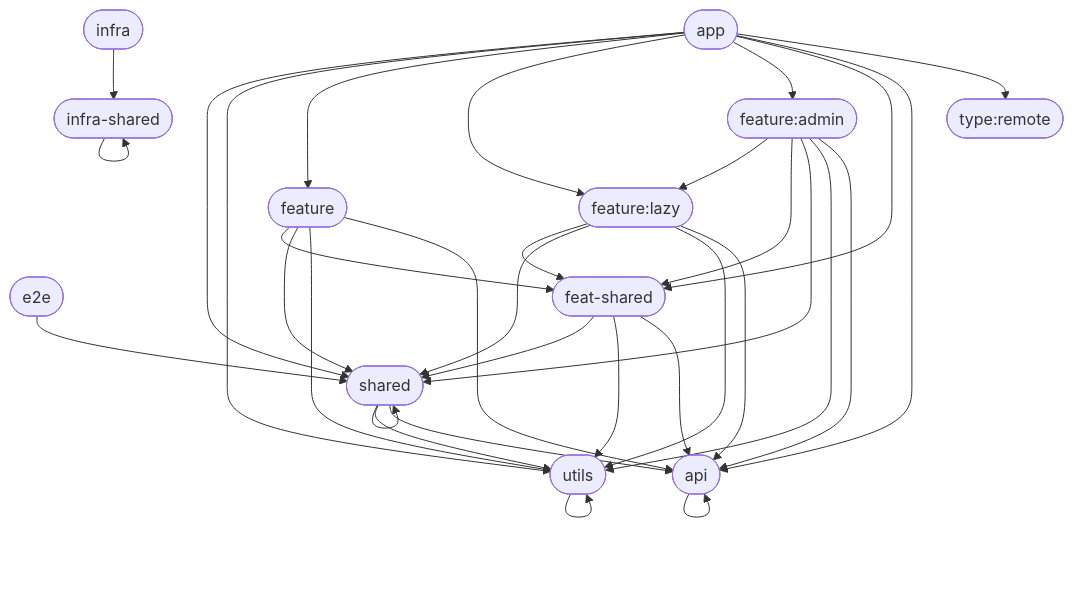
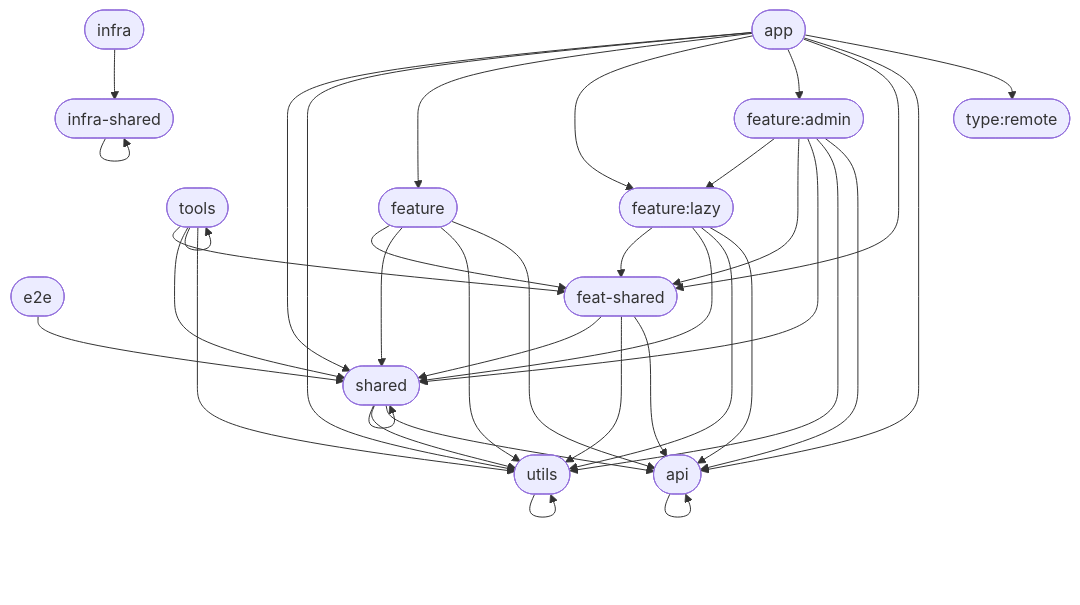
The second of 4 diagrams in docs/architecture/README.md (WolfSoko/wol-sok-mono), drawn with Mermaid before and after one commit. The commit also changed other lines of this file and 1 other file, not shown here.

First line of the commit message:
docs(tools): 📚️ refresh architecture diagrams

````diff
--- a/docs/architecture/README.md
+++ b/docs/architecture/README.md
@@ -60,47 +62,52 @@
 ```mermaid
 flowchart TD
   api(["api"])
   app(["app"])
   e2e(["e2e"])
   feat_shared(["feat-shared"])
   feature(["feature"])
   feature_admin(["feature:admin"])
   feature_lazy(["feature:lazy"])
   infra(["infra"])
   infra_shared(["infra-shared"])
   shared(["shared"])
+  tools(["tools"])
   type_remote(["type:remote"])
   utils(["utils"])
   app --> shared
   app --> utils
   app --> feature
   app --> feature_lazy
   app --> feature_admin
   app --> feat_shared
   app --> api
   app --> type_remote
+  tools --> feat_shared
+  tools --> shared
+  tools --> utils
+  tools --> tools
   infra --> infra_shared
   infra_shared --> infra_shared
   e2e --> shared
   feature --> feat_shared
   feature --> shared
   feature --> utils
   feature --> api
   feature_lazy --> feat_shared
   feature_lazy --> shared
   feature_lazy --> utils
   feature_lazy --> api
   feature_admin --> feature_lazy
   feature_admin --> feat_shared
   feature_admin --> shared
   feature_admin --> utils
   feature_admin --> api
   feat_shared --> shared
   feat_shared --> utils
   feat_shared --> api
   shared --> shared
   shared --> utils
   shared --> api
   utils --> utils
   api --> api
 ```
````
